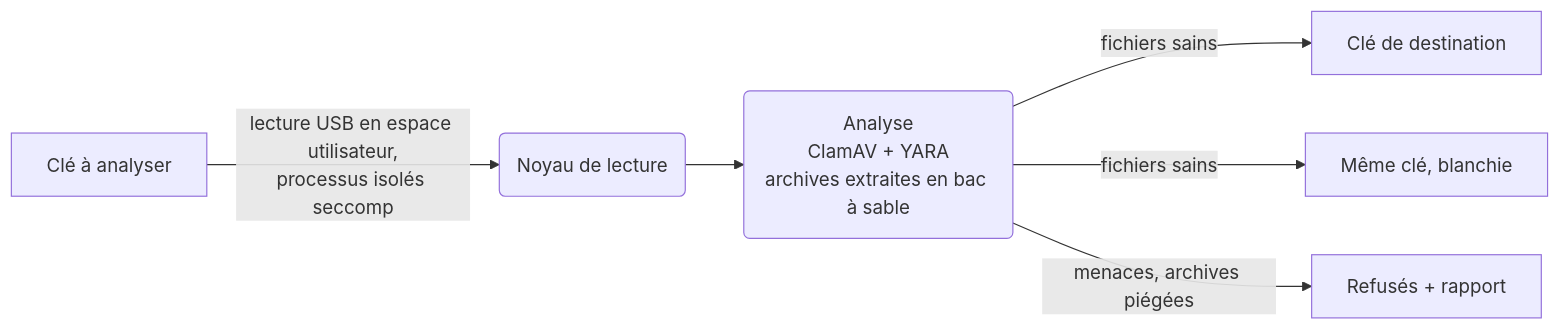
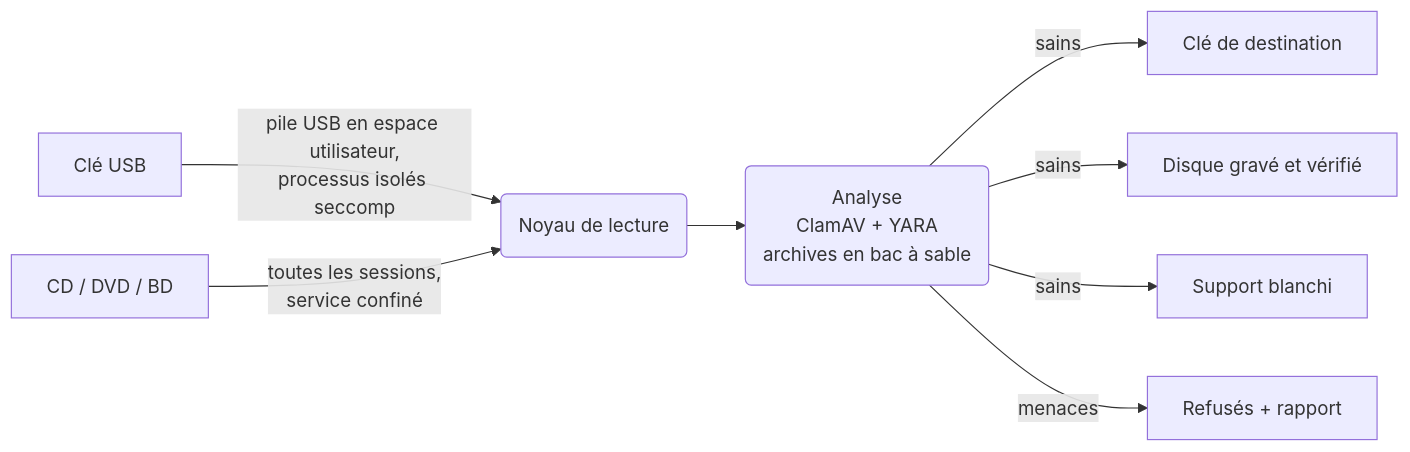
The diagram in README.md (Titouanlvt/Barbacane), drawn with Mermaid before and after one commit. The commit also changed other lines of this file and 4 other files, not shown here.

First line of the commit message:
docs : README refait (disques optiques, captures, preuves) ; PDF : vraie couverture, sommaire paginé, en-têtes, mise en page de la charte

````diff
--- a/README.md
+++ b/README.md
@@ -28,8 +48,10 @@
 ```mermaid
 flowchart LR
-    A[Clé à analyser] -->|lecture USB en espace utilisateur,<br>processus isolés seccomp| N(Noyau de lecture)
-    N --> X(Analyse<br>ClamAV + YARA<br>archives extraites en bac à sable)
-    X -->|fichiers sains| D[Clé de destination]
-    X -->|fichiers sains| B[Même clé, blanchie]
-    X -->|menaces, archives piégées| R[Refusés + rapport]
+    U[Clé USB] -->|pile USB en espace utilisateur,<br>processus isolés seccomp| N(Noyau de lecture)
+    O[CD / DVD / BD] -->|toutes les sessions,<br>service confiné| N
+    N --> X(Analyse<br>ClamAV + YARA<br>archives en bac à sable)
+    X -->|sains| D[Clé de destination]
+    X -->|sains| G[Disque gravé et vérifié]
+    X -->|sains| B[Support blanchi]
+    X -->|menaces| R[Refusés + rapport]
 ```
````
